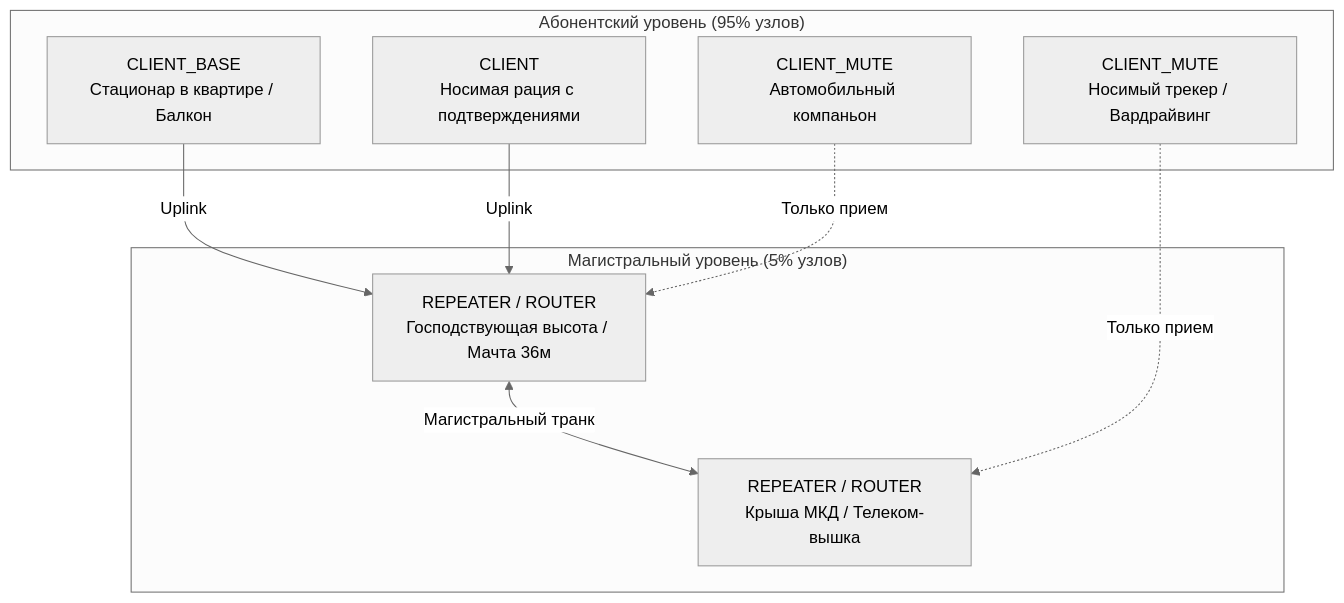
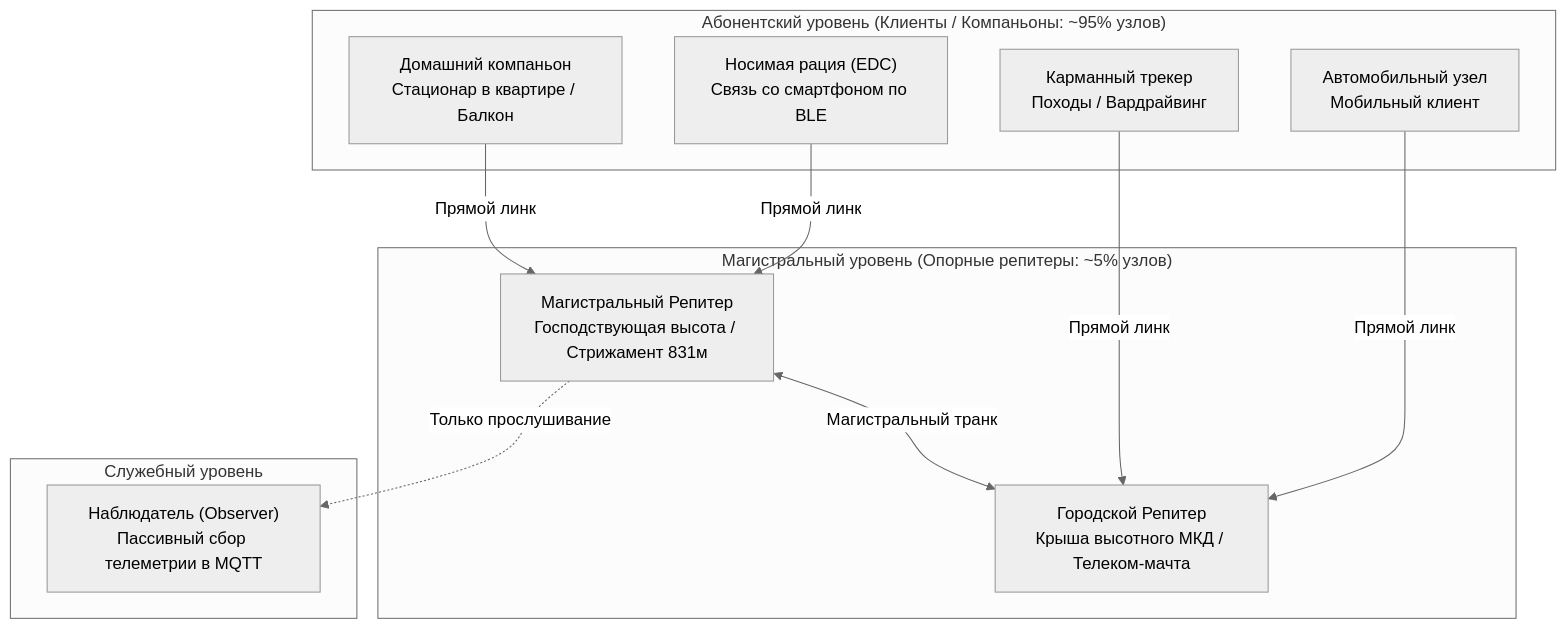
One commit to yamixst/meshcore-skfo-wiki changed the diagram in wiki/network/repeater-configuration.md. Above: the diagram before and after it, drawn with Mermaid (neutral theme). The commit also changed other lines of this file and 3 other files, not shown here.

Commit message:
Replace Meshtastic CLIENT_MUTE references with native MeshCore node architecture

````diff
--- a/wiki/network/repeater-configuration.md
+++ b/wiki/network/repeater-configuration.md
@@ -11,20 +13,25 @@
 ```mermaid
 graph TD
-    subgraph "Магистральный уровень (5% узлов)"
-        R1["REPEATER / ROUTER<br/>Господствующая высота / Мачта 36м"]
-        R2["REPEATER / ROUTER<br/>Крыша МКД / Телеком-вышка"]
+    subgraph "Магистральный уровень (Опорные репитеры: ~5% узлов)"
+        R1["Магистральный Репитер<br/>Господствующая высота / Стрижамент 831м"]
+        R2["Городской Репитер<br/>Крыша высотного МКД / Телеком-мачта"]
     end
 
-    subgraph "Абонентский уровень (95% узлов)"
-        C1["CLIENT_BASE<br/>Стационар в квартире / Балкон"]
-        C2["CLIENT<br/>Носимая рация с подтверждениями"]
-        M1["CLIENT_MUTE<br/>Носимый трекер / Вардрайвинг"]
-        M2["CLIENT_MUTE<br/>Автомобильный компаньон"]
+    subgraph "Абонентский уровень (Клиенты / Компаньоны: ~95% узлов)"
+        C1["Домашний компаньон<br/>Стационар в квартире / Балкон"]
+        C2["Носимая рация (EDC)<br/>Связь со смартфоном по BLE"]
+        M1["Карманный трекер<br/>Походы / Вардрайвинг"]
+        M2["Автомобильный узел<br/>Мобильный клиент"]
+    end
+
+    subgraph "Служебный уровень"
+        OBS["Наблюдатель (Observer)<br/>Пассивный сбор телеметрии в MQTT"]
     end
 
     R1 <-->|Магистральный транк| R2
-    C1 -->|Uplink| R1
-    C2 -->|Uplink| R1
-    M1 -.->|Только прием| R2
-    M2 -.->|Только прием| R1
+    C1 -->|Прямой линк| R1
+    C2 -->|Прямой линк| R1
+    M1 -->|Прямой линк| R2
+    M2 -->|Прямой линк| R2
+    R1 -.->|Только прослушивание| OBS
 ```
````
